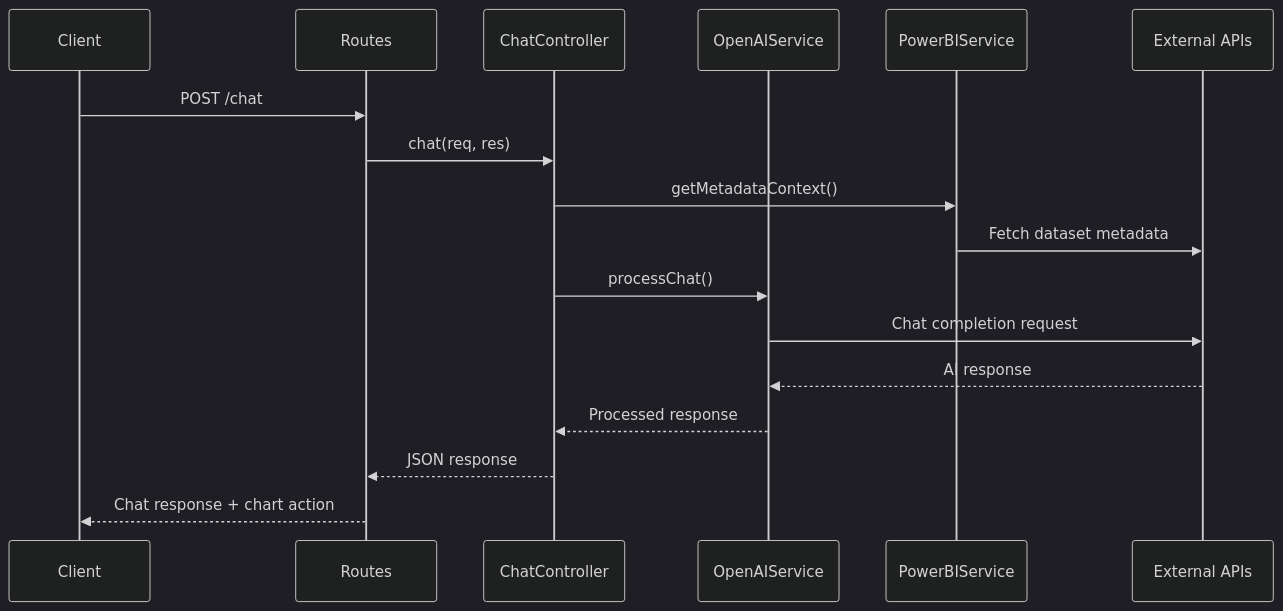
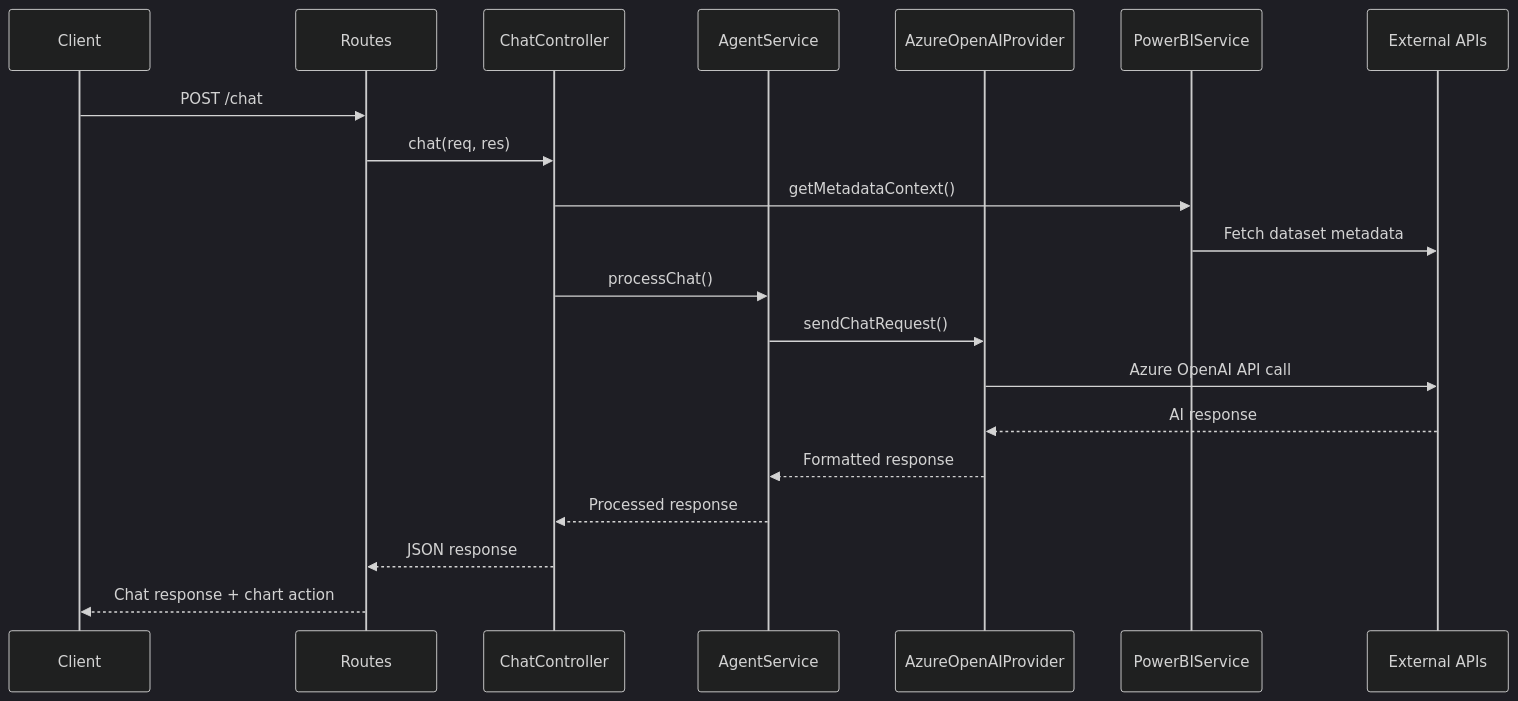
One commit to markgar/embed-copilot changed the second of 4 diagrams in ARCHITECTURE.md. Above: the diagram before and after it, drawn with Mermaid (dark theme). The commit also changed other lines of this file, not shown here.

First line of the commit message:
Update ARCHITECTURE.md to reflect current codebase structure

````diff
--- a/ARCHITECTURE.md
+++ b/ARCHITECTURE.md
@@ -114,20 +130,23 @@
 ```mermaid
 sequenceDiagram
     participant Client
     participant Routes
     participant ChatController
-    participant OpenAIService
+    participant AgentService
+    participant AzureOpenAIProvider
     participant PowerBIService
     participant External as External APIs
 
     Client->>Routes: POST /chat
     Routes->>ChatController: chat(req, res)
     ChatController->>PowerBIService: getMetadataContext()
     PowerBIService->>External: Fetch dataset metadata
-    ChatController->>OpenAIService: processChat()
-    OpenAIService->>External: Chat completion request
-    External-->>OpenAIService: AI response
-    OpenAIService-->>ChatController: Processed response
+    ChatController->>AgentService: processChat()
+    AgentService->>AzureOpenAIProvider: sendChatRequest()
+    AzureOpenAIProvider->>External: Azure OpenAI API call
+    External-->>AzureOpenAIProvider: AI response
+    AzureOpenAIProvider-->>AgentService: Formatted response
+    AgentService-->>ChatController: Processed response
     ChatController-->>Routes: JSON response
     Routes-->>Client: Chat response + chart action
 ```
````
